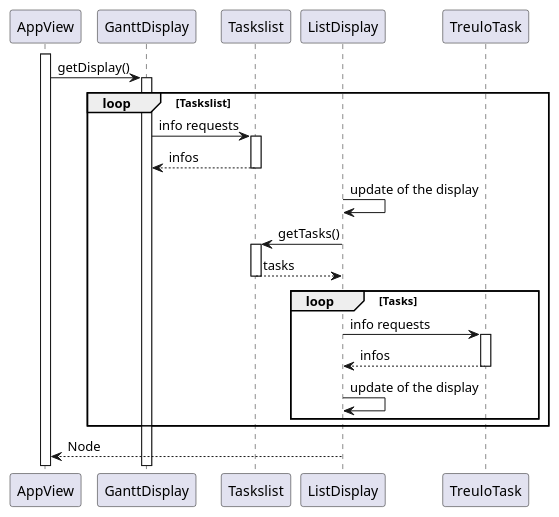
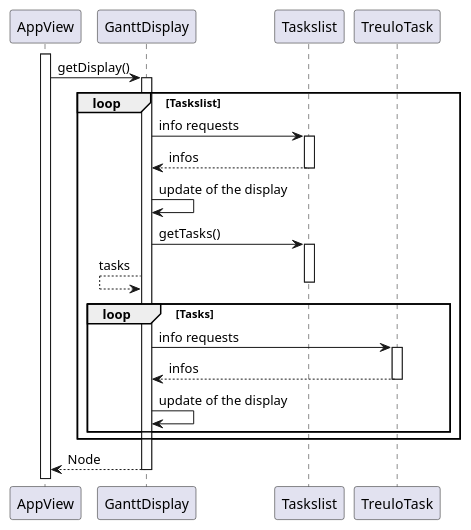
One commit to Fiera42/SAE-3.01-D-veloppement-d-applications changed the diagram in project/Document/iteration 4/Affichage_Gantt.puml. Above: the diagram before and after it, drawn with PlantUML. The commit also changed 1 other file, not shown here.

Commit message:
Ajout du diagramme de sequence affichage

```diff
--- a/project/Document/iteration 4/Affichage_Gantt.puml
+++ b/project/Document/iteration 4/Affichage_Gantt.puml
@@ -1,37 +1,37 @@
 @startuml
 
 activate AppView
 
 AppView -> GanttDisplay : getDisplay()
 activate GanttDisplay
 
     loop Taskslist
     GanttDisplay -> Taskslist : info requests
     activate Taskslist
     GanttDisplay <-- Taskslist : infos
     deactivate Taskslist
 
-    ListDisplay -> ListDisplay : update of the display
+    GanttDisplay -> GanttDisplay : update of the display
 
-    ListDisplay -> Taskslist : getTasks()
+    GanttDisplay -> Taskslist : getTasks()
     activate Taskslist
-    ListDisplay <-- Taskslist : tasks
+    GanttDisplay <-- GanttDisplay : tasks
     deactivate Taskslist
 
         loop Tasks
-        ListDisplay -> TreuloTask : info requests
+        GanttDisplay -> TreuloTask : info requests
         activate TreuloTask
-        ListDisplay <-- TreuloTask : infos
+        GanttDisplay <-- TreuloTask : infos
         deactivate TreuloTask
 
-        ListDisplay -> ListDisplay : update of the display
+        GanttDisplay -> GanttDisplay : update of the display
         end loop
     end loop
 
 
-AppView <-- ListDisplay : Node
-deactivate ListDisplay
+AppView <-- GanttDisplay : Node
+deactivate GanttDisplay
 
 
 
 @enduml
```
